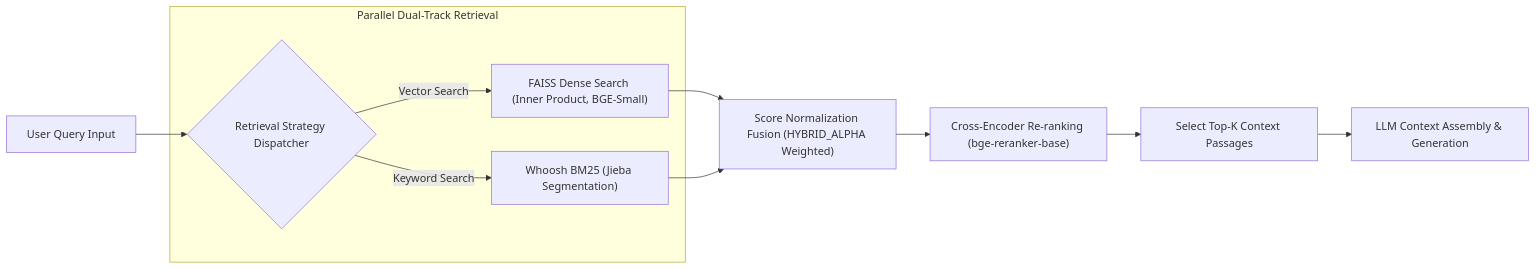
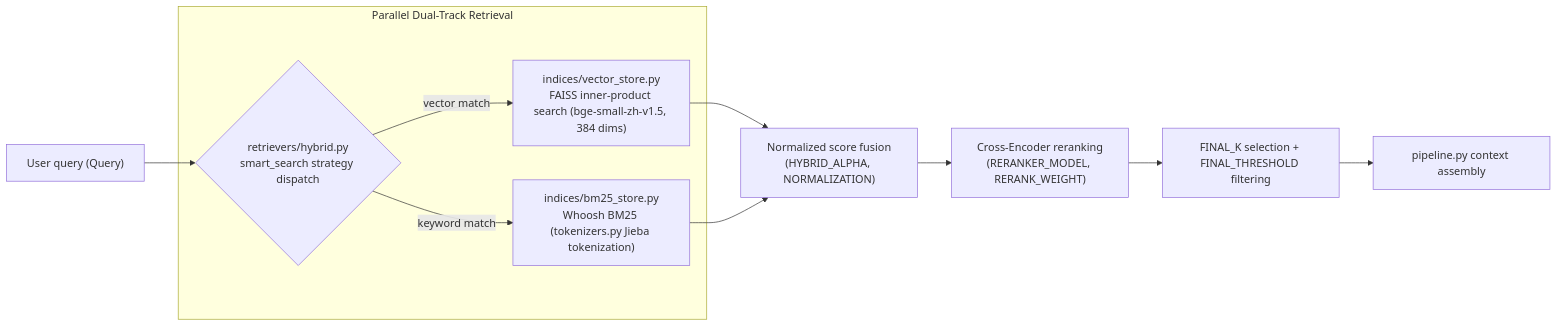
The second of 7 diagrams in docs/architecture_en.md (Scorpio-meow/AI-CB), drawn with Mermaid before and after one commit. The commit also changed other lines of this file and 16 other files, not shown here.

First line of the commit message:
docs: 架構文件對齊 2.x 現況並新增 ADR-0002 路線圖與 CLAUDE.md

````diff
--- a/docs/architecture_en.md
+++ b/docs/architecture_en.md
@@ -58,16 +108,15 @@
 ```mermaid
 flowchart LR
-    Query["User Query Input"] --> Strategy{"Retrieval Strategy Dispatcher"}
-    
+    Query["User query (Query)"] --> Strategy{"retrievers/hybrid.py\nsmart_search strategy dispatch"}
+
     subgraph ParallelRetrieval ["Parallel Dual-Track Retrieval"]
-        Strategy -->|Vector Search| FAISS["FAISS Dense Search (Inner Product, BGE-Small)"]
-        Strategy -->|Keyword Search| BM25["Whoosh BM25 (Jieba Segmentation)"]
+        Strategy -->|vector match| FAISS["indices/vector_store.py\nFAISS inner-product search (bge-small-zh-v1.5, 384 dims)"]
+        Strategy -->|keyword match| BM25["indices/bm25_store.py\nWhoosh BM25 (tokenizers.py Jieba tokenization)"]
     end
 
-    FAISS --> Merge["Score Normalization Fusion (HYBRID_ALPHA Weighted)"]
+    FAISS --> Merge["Normalized score fusion\n(HYBRID_ALPHA, NORMALIZATION)"]
     BM25 --> Merge
-    
-    Merge --> Reranker["Cross-Encoder Re-ranking (bge-reranker-base)"]
-    Reranker --> TopK["Select Top-K Context Passages"]
-    TopK --> LLM["LLM Context Assembly & Generation"]
+    Merge --> Reranker["Cross-Encoder reranking\n(RERANKER_MODEL, RERANK_WEIGHT)"]
+    Reranker --> TopK["FINAL_K selection + FINAL_THRESHOLD filtering"]
+    TopK --> Context["pipeline.py context assembly"]
 ```
````
